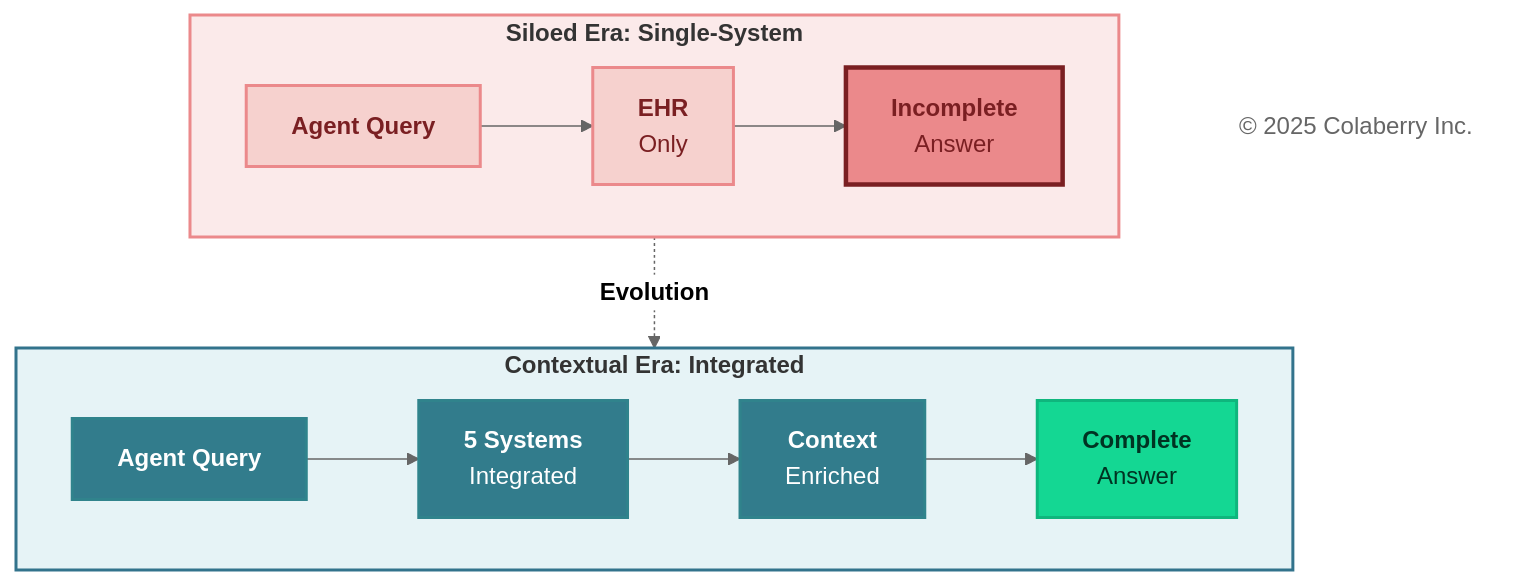
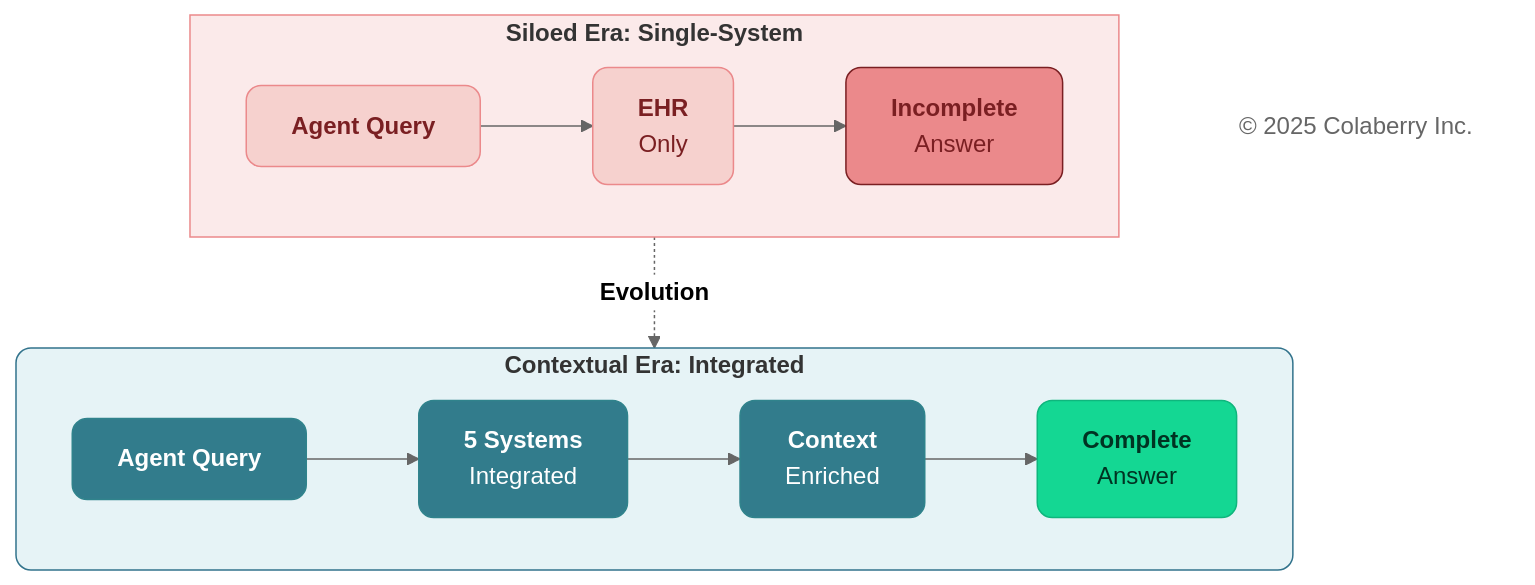
Diagram 11 of 12 in manuscript/03_chapter_2_inpact_framework.md (colaberry/trust-before-intelligence-book), drawn with Mermaid (neutral theme) before and after one commit. The commit also changed other lines of this file and 12 other files, not shown here.

````diff
--- a/manuscript/03_chapter_2_inpact_framework.md
+++ b/manuscript/03_chapter_2_inpact_framework.md
@@ -789,40 +789,40 @@
 ```mermaid
 graph TB
     subgraph ERA1["<b>Siloed Era: Single-System</b>"]
         direction LR
         A1["<b>Agent Query</b>"]
         B1["<b>EHR</b><br/>Only"]
         D1["<b>Incomplete</b><br/>Answer"]
         
         A1 --> B1 --> D1
     end
     
     ERA1 -.->|<b>Evolution</b>| ERA2
     
     subgraph ERA2["<b>Contextual Era: Integrated</b>"]
         direction LR
         A2["<b>Agent Query</b>"]
         B2["<b>5 Systems</b><br/>Integrated"]
         C2["<b>Context</b><br/>Enriched"]
         D2["<b>Complete</b><br/>Answer"]
         
         A2 --> B2 --> C2 --> D2
     end
 
     %% ---- Siloed Era (Problem) ----
-    style ERA1 fill:#FBEAEA,stroke:#EB898B,stroke-width:2px
-    style A1 fill:#F6D1CE,stroke:#EB898B,stroke-width:2px,color:#7A1F22
-    style B1 fill:#F6D1CE,stroke:#EB898B,stroke-width:2px,color:#7A1F22
+    style ERA1 fill:#FBEAEA,stroke:#EB898B,stroke-width:1px
+    style A1 fill:#F6D1CE,stroke:#EB898B,stroke-width:1px,color:#7A1F22,rx:10,ry:10
+    style B1 fill:#F6D1CE,stroke:#EB898B,stroke-width:1px,color:#7A1F22,rx:10,ry:10
 
-    style D1 fill:#EB898B,stroke:#7A1F22,stroke-width:3px,color:#7A1F22
+    style D1 fill:#EB898B,stroke:#7A1F22,stroke-width:1px,color:#7A1F22,rx:10,ry:10
 
-    style ERA2 fill:#E6F3F6,stroke:#32738C,stroke-width:2px
-    style A2 fill:#327C8C,stroke:#30838C,stroke-width:2px,color:#ffffff
-    style B2 fill:#327C8C,stroke:#30838C,stroke-width:2px,color:#ffffff
-    style C2 fill:#327C8C,stroke:#30838C,stroke-width:2px,color:#ffffff
-    style D2 fill:#14D793,stroke:#0FB67D,stroke-width:2px,color:#003322
+    style ERA2 fill:#E6F3F6,stroke:#32738C,stroke-width:1px,rx:10,ry:10
+    style A2 fill:#327C8C,stroke:#30838C,stroke-width:1px,color:#ffffff,rx:10,ry:10
+    style B2 fill:#327C8C,stroke:#30838C,stroke-width:1px,color:#ffffff,rx:10,ry:10
+    style C2 fill:#327C8C,stroke:#30838C,stroke-width:1px,color:#ffffff,rx:10,ry:10
+    style D2 fill:#14D793,stroke:#0FB67D,stroke-width:1px,color:#003322,rx:10,ry:10
     
     Copyright["© 2025 Colaberry Inc."]
-    style Copyright fill:#ffffff,stroke:none,color:#666666
+    style Copyright fill:none,stroke:none,color:#666666
 
 ```
````
